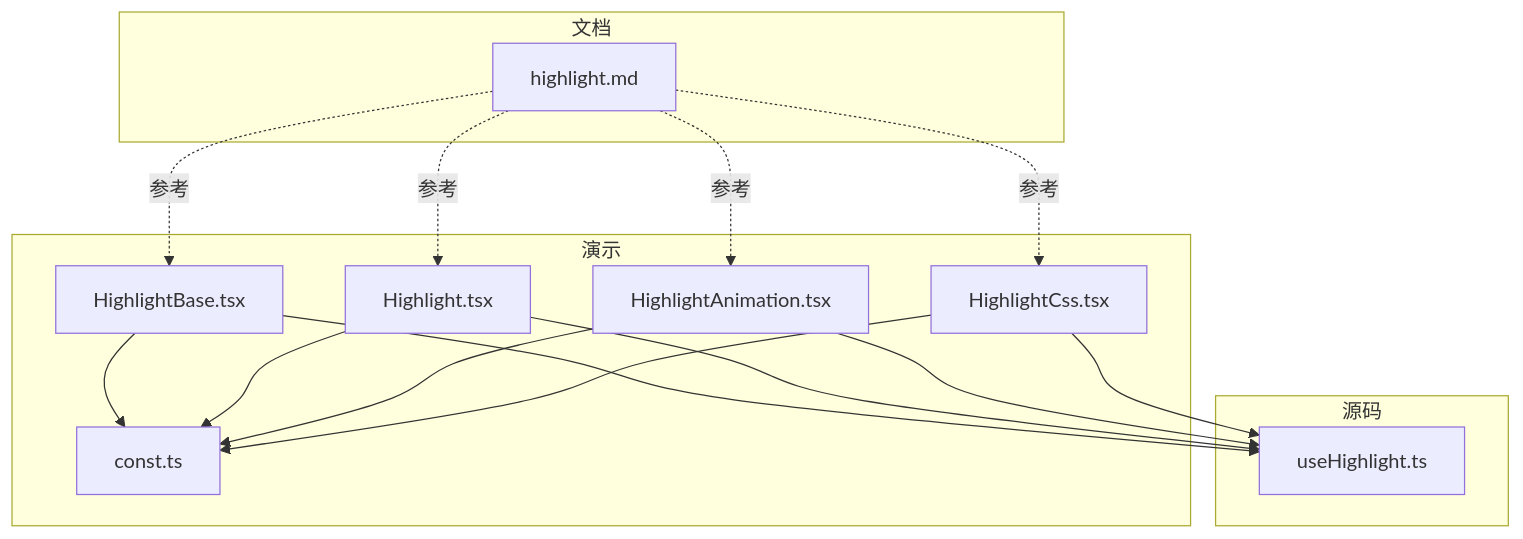
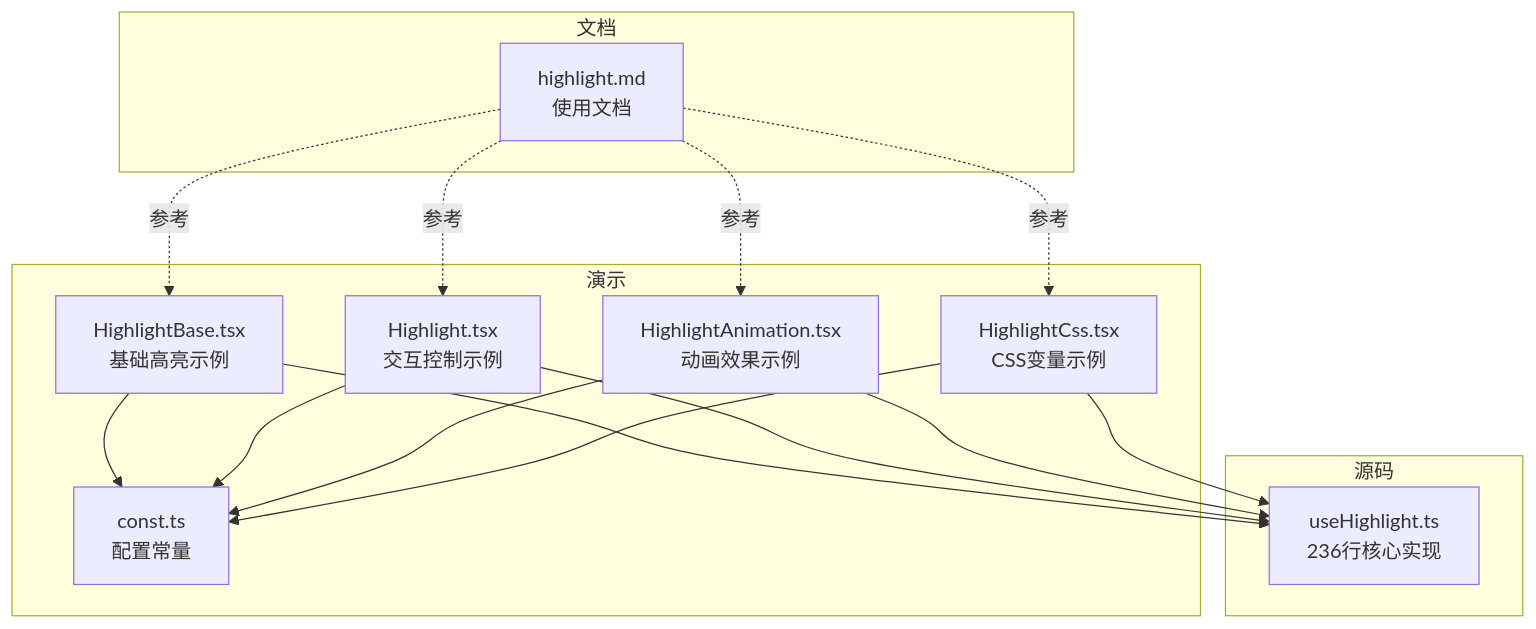
Before and after one commit to ja-plus/stk-table-react: the first of 4 diagrams in .qoder/repowiki/zh/content/自定义与扩展/高亮钩子 (useHighlight).md, drawn with Mermaid. The commit also changed other lines of this file and 31 other files, not shown here.

````diff
--- a/.qoder/repowiki/zh/content/自定义与扩展/高亮钩子 (useHighlight).md
+++ b/.qoder/repowiki/zh/content/自定义与扩展/高亮钩子 (useHighlight).md
@@ -35,28 +44,28 @@
 ```mermaid
 graph TB
 subgraph "源码"
-H["useHighlight.ts"]
+H["useHighlight.ts<br/>236行核心实现"]
 end
 subgraph "演示"
-HB["HighlightBase.tsx"]
-HA["Highlight.tsx"]
-HAN["HighlightAnimation.tsx"]
-HC["HighlightCss.tsx"]
-C["const.ts"]
+HB["HighlightBase.tsx<br/>基础高亮示例"]
+HA["Highlight.tsx<br/>交互控制示例"]
+HAN["HighlightAnimation.tsx<br/>动画效果示例"]
+HC["HighlightCss.tsx<br/>CSS变量示例"]
+C["const.ts<br/>配置常量"]
 end
 subgraph "文档"
-D["highlight.md"]
+D["highlight.md<br/>使用文档"]
 end
 HB --> H
 HA --> H
 HAN --> H
 HC --> H
 HB --> C
 HA --> C
 HAN --> C
 HC --> C
 D -.参考.-> HB
 D -.参考.-> HA
 D -.参考.-> HAN
 D -.参考.-> HC
 ```
````
